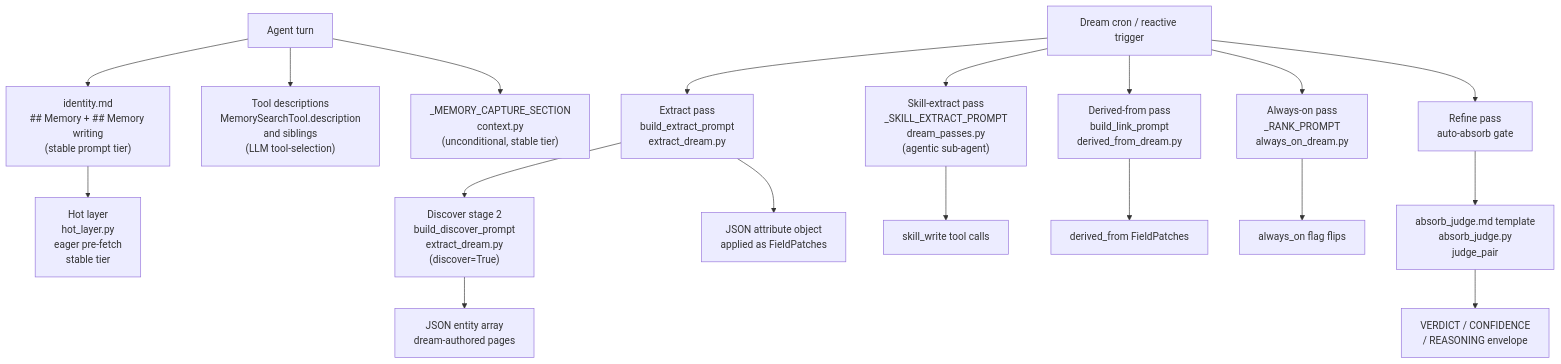
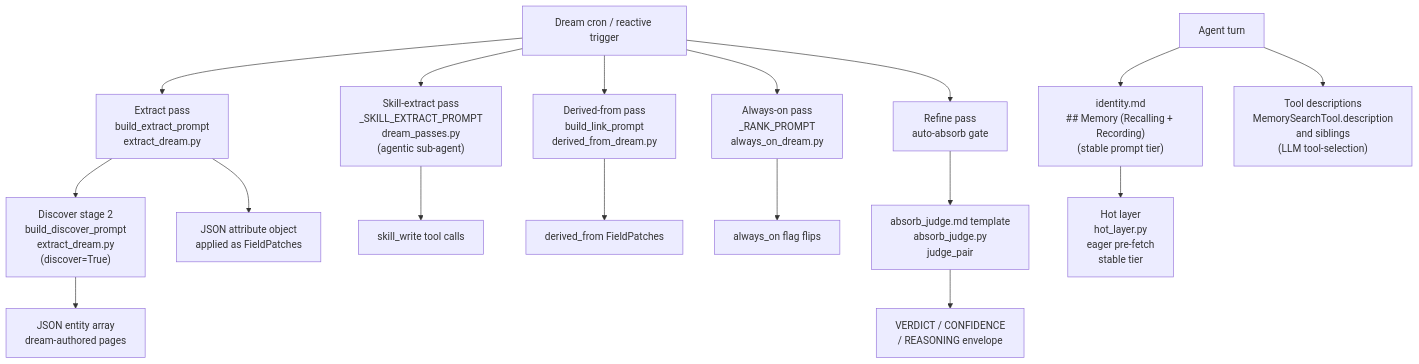
The diagram in docs/internals/memory/06_prompts_and_instructions.md (mmarmol/durin), drawn with Mermaid before and after one commit. The commit also changed other lines of this file and 15 other files, not shown here.

First line of the commit message:
Consolidate agent memory instruction surfaces (#198)

````diff
--- a/docs/internals/memory/06_prompts_and_instructions.md
+++ b/docs/internals/memory/06_prompts_and_instructions.md
@@ -118,24 +136,23 @@
 ```mermaid
 flowchart TD
-    A["Agent turn"] --> B["identity.md\n## Memory + ## Memory writing\n(stable prompt tier)"]
+    A["Agent turn"] --> B["identity.md\n## Memory (Recalling + Recording)\n(stable prompt tier)"]
     A --> C["Tool descriptions\nMemorySearchTool.description\nand siblings\n(LLM tool-selection)"]
-    A --> CP["_MEMORY_CAPTURE_SECTION\ncontext.py\n(unconditional, stable tier)"]
 
     D["Dream cron / reactive trigger"] --> E["Extract pass\nbuild_extract_prompt\nextract_dream.py"]
     D --> G["Skill-extract pass\n_SKILL_EXTRACT_PROMPT\ndream_passes.py\n(agentic sub-agent)"]
     D --> H["Derived-from pass\nbuild_link_prompt\nderived_from_dream.py"]
     D --> I["Always-on pass\n_RANK_PROMPT\nalways_on_dream.py"]
     D --> J["Refine pass\nauto-absorb gate"]
 
     E --> F["Discover stage 2\nbuild_discover_prompt\nextract_dream.py\n(discover=True)"]
     J --> K["absorb_judge.md template\nabsorb_judge.py\njudge_pair"]
 
     E --> L["JSON attribute object\napplied as FieldPatches"]
     F --> M["JSON entity array\ndream-authored pages"]
     G --> N["skill_write tool calls"]
     H --> O["derived_from FieldPatches"]
     I --> P["always_on flag flips"]
     K --> Q["VERDICT / CONFIDENCE\n/ REASONING envelope"]
 
     B --> R["Hot layer\nhot_layer.py\neager pre-fetch\nstable tier"]
 ```
````
